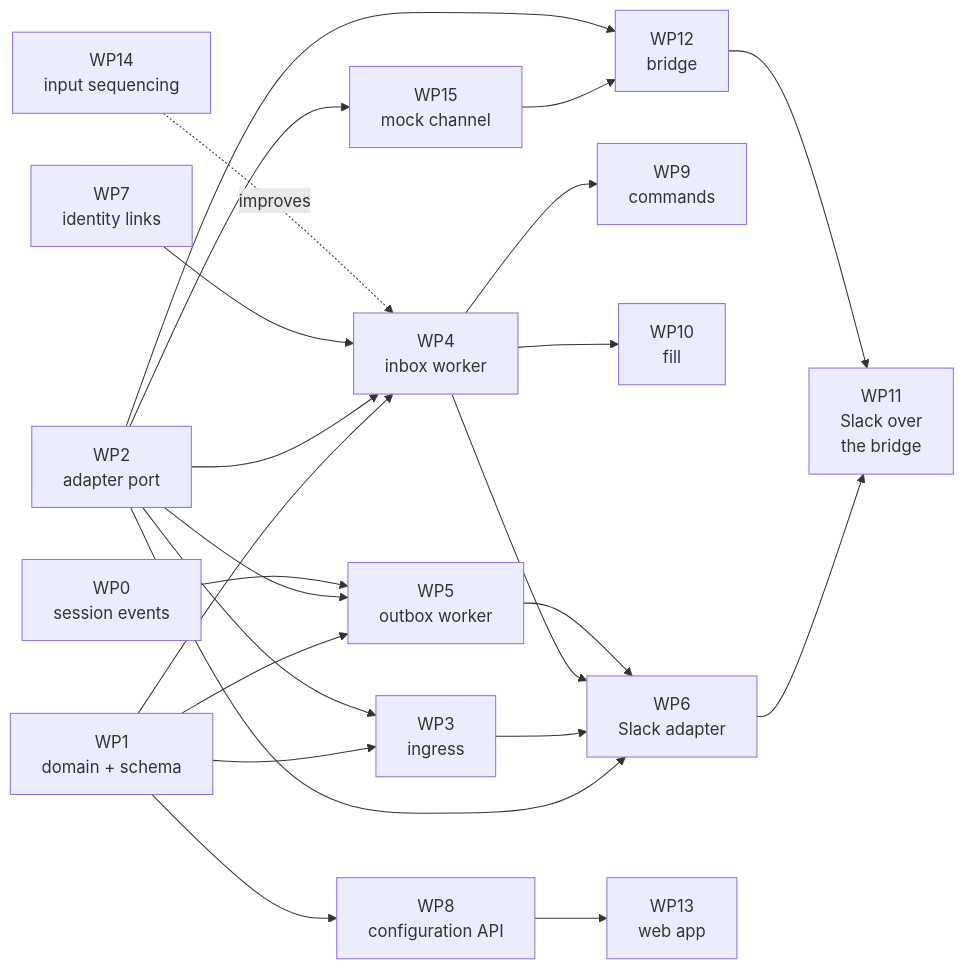
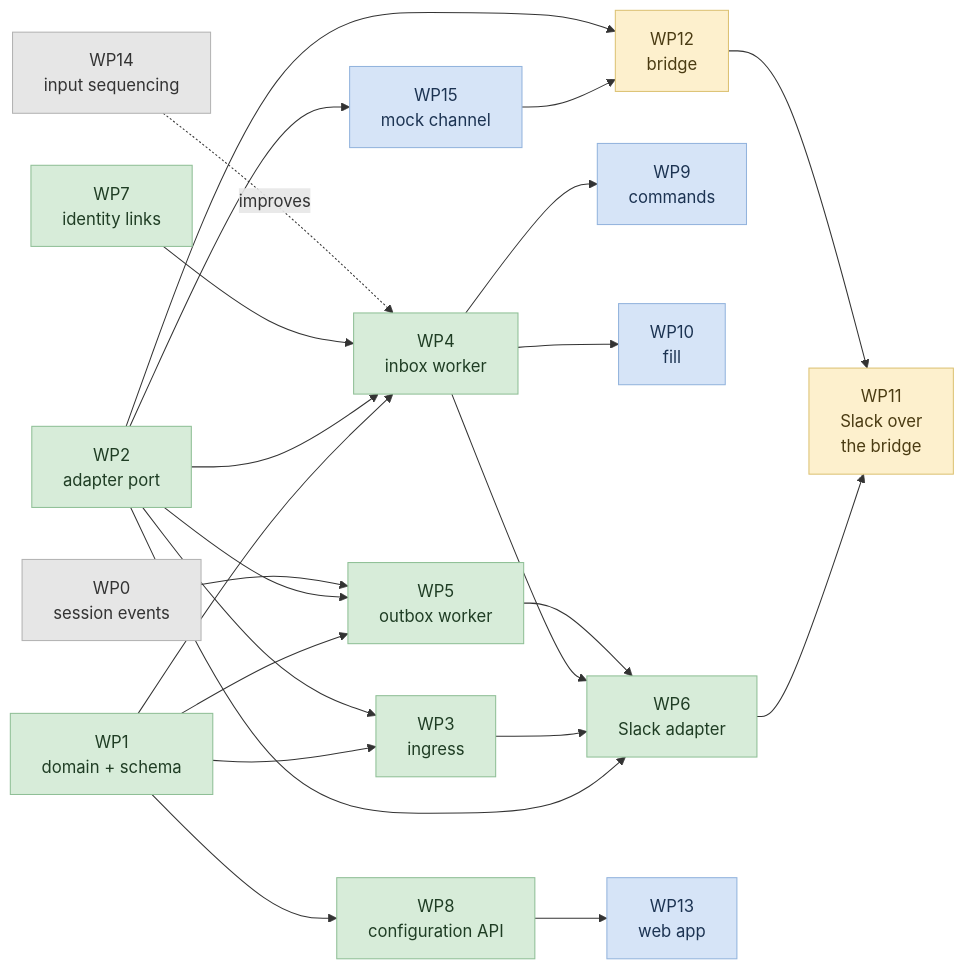
The diagram in docs/design/channels-research/v2/plan.md (Agenta-AI/agenta), drawn with Mermaid before and after one commit. The commit also changed other lines of this file, not shown here.

Commit message:
docs(channels): colour the dependency graph by state
Pastel fills so the graph reads at a glance: green merged through C2 (WP1-WP8),
blue the next wave (WP15, WP9, WP10, WP13), yellow later (WP11, WP12), grey not
channels work (WP0, WP14).

Explicit text colours on each classDef rather than relying on the renderer's
default — a pastel fill with a theme-chosen foreground goes unreadable in dark
mode.

Validated: all 16 nodes classed exactly once, none unclassed or double-classed.

````diff
--- a/docs/design/channels-research/v2/plan.md
+++ b/docs/design/channels-research/v2/plan.md
@@ -18,42 +18,52 @@
 ```mermaid
 flowchart LR
     WP0["WP0<br/>session events"]
     WP1["WP1<br/>domain + schema"]
     WP2["WP2<br/>adapter port"]
     WP3["WP3<br/>ingress"]
     WP4["WP4<br/>inbox worker"]
     WP5["WP5<br/>outbox worker"]
     WP6["WP6<br/>Slack adapter"]
     WP7["WP7<br/>identity links"]
     WP8["WP8<br/>configuration API"]
     WP9["WP9<br/>commands"]
     WP10["WP10<br/>fill"]
     WP11["WP11<br/>Slack over<br/>the bridge"]
     WP12["WP12<br/>bridge"]
     WP13["WP13<br/>web app"]
     WP14["WP14<br/>input sequencing"]
     WP15["WP15<br/>mock channel"]
 
     WP1 --> WP3
     WP1 --> WP4
     WP1 --> WP5
     WP2 --> WP3
     WP2 --> WP4
     WP2 --> WP5
     WP2 --> WP6
     WP0 --> WP5
     WP3 --> WP6
     WP4 --> WP6
     WP5 --> WP6
     WP7 --> WP4
     WP1 --> WP8
     WP4 --> WP9
     WP4 --> WP10
     WP2 --> WP15
     WP15 --> WP12
     WP2 --> WP12
     WP6 --> WP11
     WP12 --> WP11
     WP8 --> WP13
     WP14 -.->|improves| WP4
+
+    classDef done fill:#d7ecd9,stroke:#8fbf96,color:#1f3d24
+    classDef next fill:#d6e4f7,stroke:#93b4dd,color:#1c3352
+    classDef later fill:#fdf0cd,stroke:#dcc274,color:#4a3b12
+    classDef apart fill:#e6e6e6,stroke:#b3b3b3,color:#333333
+
+    class WP1,WP2,WP3,WP4,WP5,WP6,WP7,WP8 done
+    class WP15,WP9,WP10,WP13 next
+    class WP11,WP12 later
+    class WP0,WP14 apart
 ```
````
